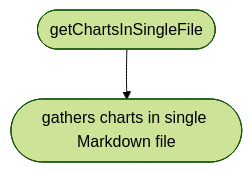
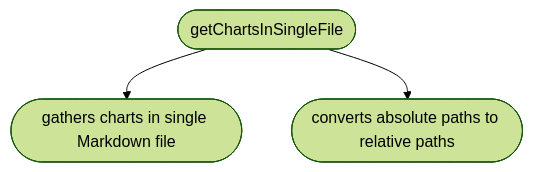
The fourth of 7 diagrams in speccharts.md (arnaudrenaud/speccharts), drawn with Mermaid (forest theme) before and after one commit. The commit also changed other lines of this file and 2 other files, not shown here.

````diff
--- a/speccharts.md
+++ b/speccharts.md
@@ -72,6 +72,8 @@
 ```mermaid
 flowchart TD
 N0(["getChartsInSingleFile"])
 N1(["gathers charts in single Markdown file"])
 N0 --> N1
+N2(["converts absolute paths to relative paths"])
+N0 --> N2
 ```
````
